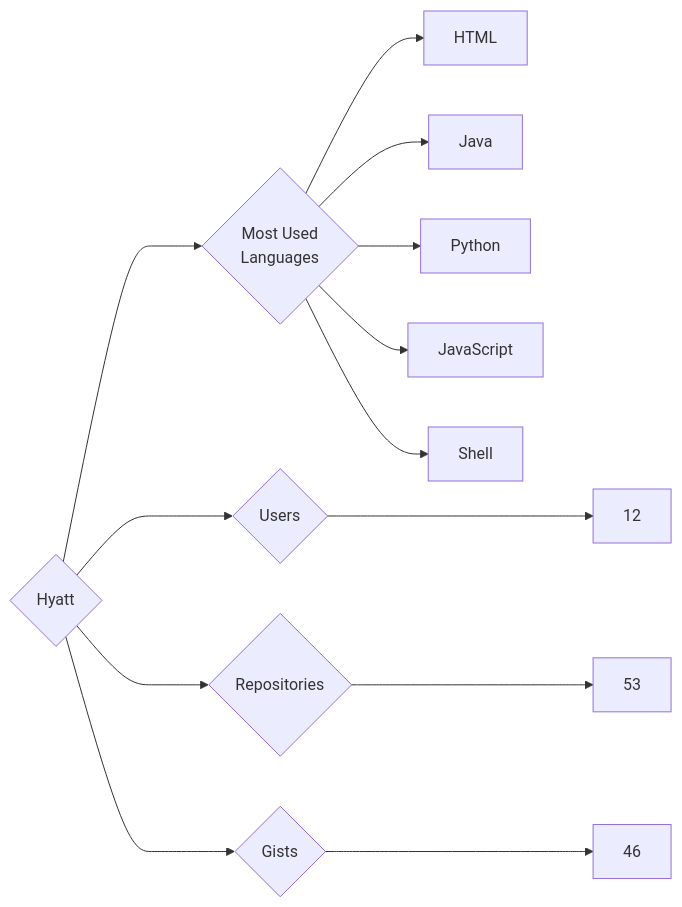
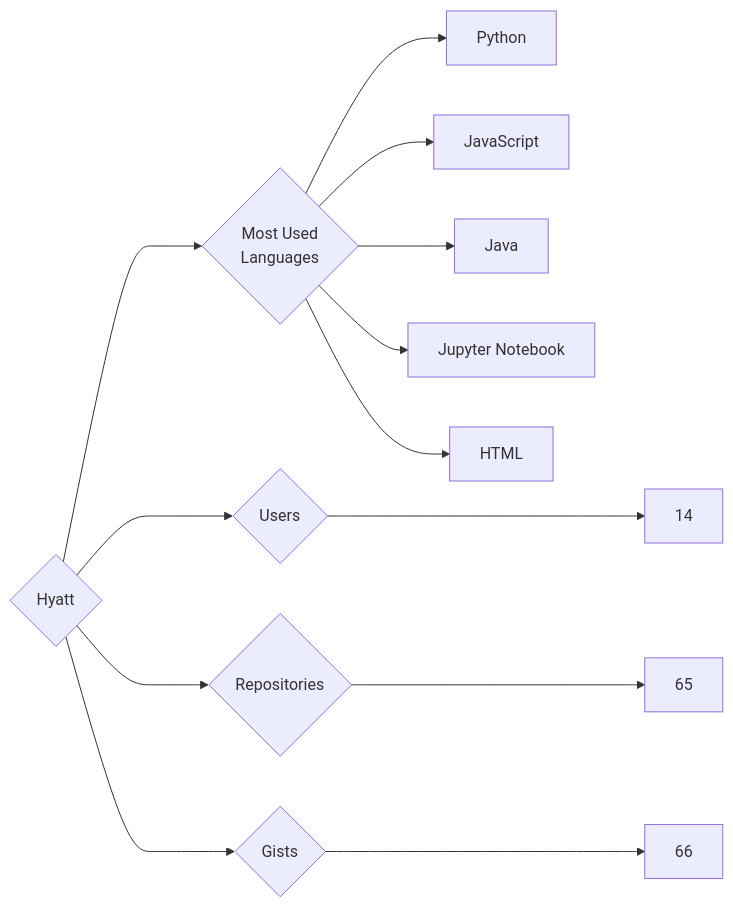
The diagram in targets/Hyatt/README.md (trickest/insiders), drawn with Mermaid before and after one commit. The commit also changed 757 other files, not shown here.

````diff
--- a/targets/Hyatt/README.md
+++ b/targets/Hyatt/README.md
@@ -3,13 +3,13 @@
 ```mermaid
 graph LR
 COMPANY_NAME{Hyatt}
-COMPANY_NAME ---> U{Users} ---> UN[12]
-COMPANY_NAME ---> R{Repositories} ---> RN[53]
-COMPANY_NAME ---> G{Gists} ---> GN[46]
+COMPANY_NAME ---> U{Users} ---> UN[14]
+COMPANY_NAME ---> R{Repositories} ---> RN[65]
+COMPANY_NAME ---> G{Gists} ---> GN[66]
 COMPANY_NAME ---> ML{Most Used<br>Languages}
-ML --> HTML[HTML]
-ML --> Java[Java]
 ML --> Python[Python]
 ML --> JavaScript[JavaScript]
-ML --> Shell[Shell]
+ML --> Java[Java]
+ML --> Jupyter_Notebook[Jupyter Notebook]
+ML --> HTML[HTML]
 ```
````
